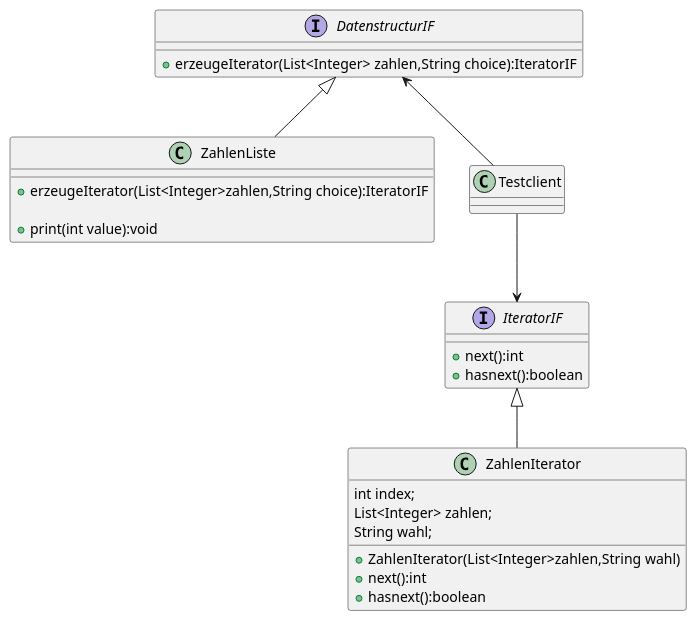
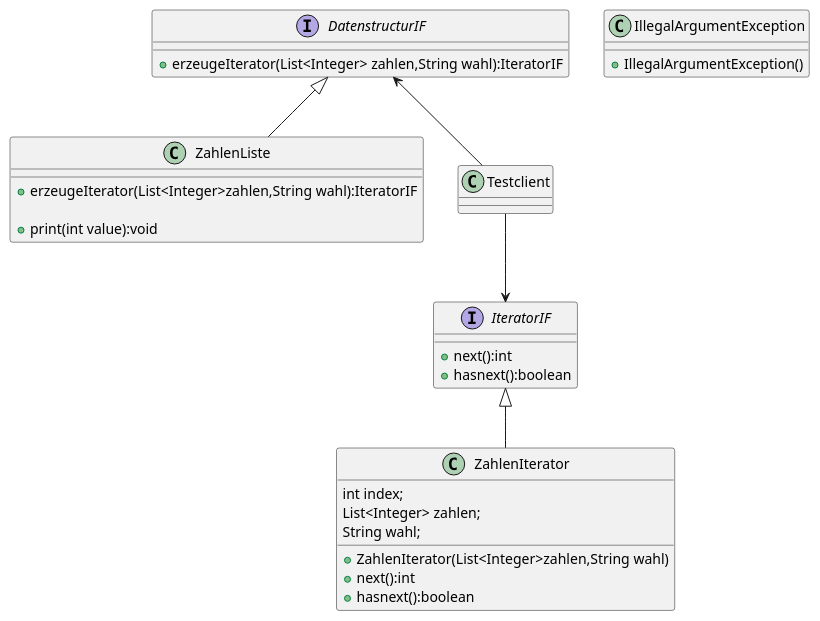
Before and after one commit to Preet149/SE1_Team20: the diagram in out/production/SE1_Team20/Exercise8/uml_8.1.puml, drawn with PlantUML. The commit also changed 6 other files, not shown here.

```diff
--- a/out/production/SE1_Team20/Exercise8/uml_8.1.puml
+++ b/out/production/SE1_Team20/Exercise8/uml_8.1.puml
@@ -1,39 +1,47 @@
 @startuml
 interface DatenstructurIF{
 
-   +erzeugeIterator(List<Integer> zahlen,String choice):IteratorIF
+   +erzeugeIterator(List<Integer> zahlen,String wahl):IteratorIF
 }
 
 interface IteratorIF {
 
        +next():int
        +hasnext():boolean
 }
 
 class ZahlenListe{
 
-     +erzeugeIterator(List<Integer>zahlen,String choice):IteratorIF
+     +erzeugeIterator(List<Integer>zahlen,String wahl):IteratorIF
 
      +print(int value):void
 }
 
 class ZahlenIterator{
 
       int index;
       List<Integer> zahlen;
       String wahl;
 
       +ZahlenIterator(List<Integer>zahlen,String wahl)
       +next():int
       +hasnext():boolean
 
 
 }
 
+class IllegalArgumentException{
+
+  +IllegalArgumentException()
+
+}
+
 DatenstructurIF<|--ZahlenListe
 IteratorIF<|--ZahlenIterator
 
 DatenstructurIF<--Testclient
 Testclient-->IteratorIF
 
+
+
 @enduml
```
